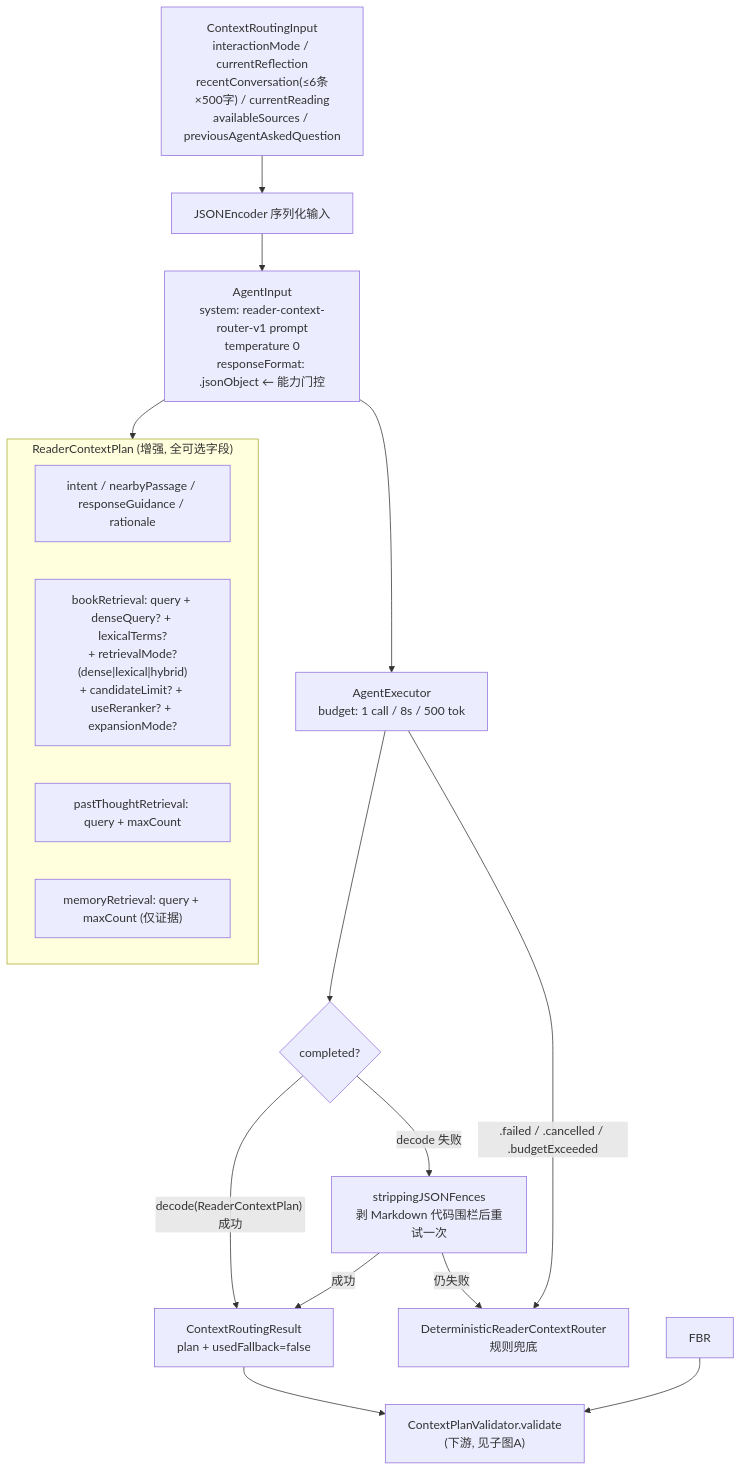
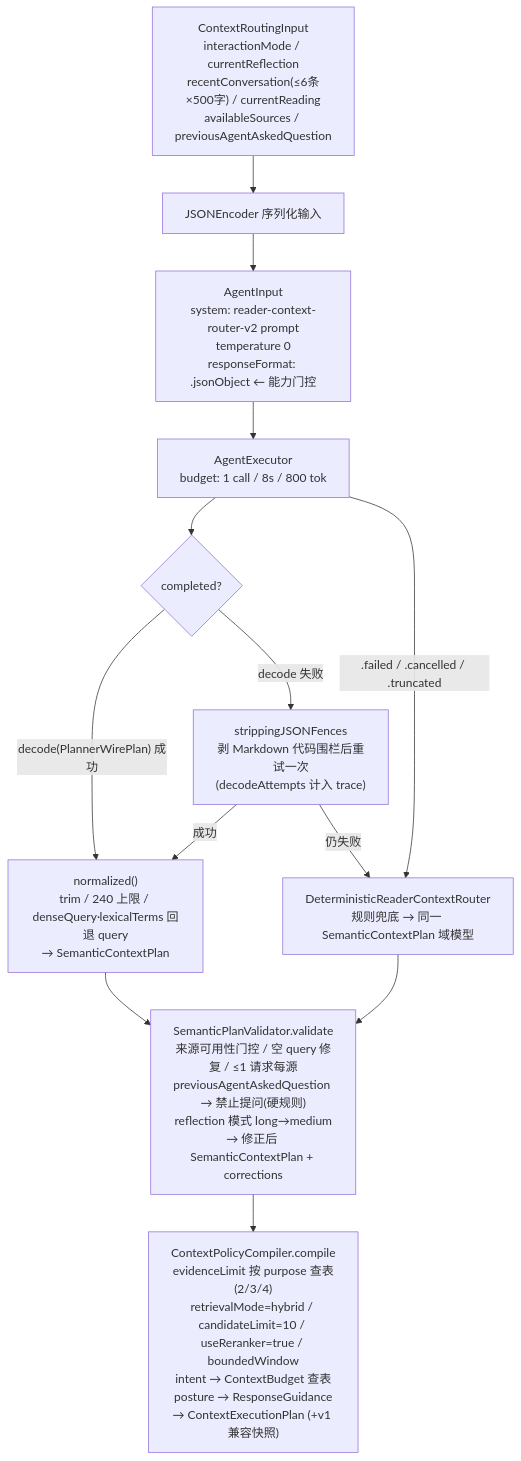
The third of 5 diagrams in ARCHITECTURE.md (freecodetiger/Elsepage), drawn with Mermaid before and after one commit. The commit also changed other lines of this file and 17 other files, not shown here.

First line of the commit message:
refactor(routing): planner protocol v2 — LLM 决定语义意图,代码编译执行策略

````diff
--- a/ARCHITECTURE.md
+++ b/ARCHITECTURE.md
@@ -122,25 +126,19 @@
 ```mermaid
 flowchart TD
     IN["ContextRoutingInput<br/>interactionMode / currentReflection<br/>recentConversation(≤6条×500字) / currentReading<br/>availableSources / previousAgentAskedQuestion"]
     IN --> ENC["JSONEncoder 序列化输入"]
-    ENC --> REQ["AgentInput<br/>system: reader-context-router-v1 prompt<br/>temperature 0<br/>responseFormat: .jsonObject ← 能力门控"]
-    REQ --> EXEC["AgentExecutor<br/>budget: 1 call / 8s / 500 tok"]
+    ENC --> REQ["AgentInput<br/>system: reader-context-router-v2 prompt<br/>temperature 0<br/>responseFormat: .jsonObject ← 能力门控"]
+    REQ --> EXEC["AgentExecutor<br/>budget: 1 call / 8s / 800 tok"]
 
     EXEC --> COMP{"completed?"}
-    COMP -->|"decode(ReaderContextPlan) 成功"| OK["ContextRoutingResult<br/>plan + usedFallback=false"]
-    COMP -->|"decode 失败"| STRIP["strippingJSONFences<br/>剥 Markdown 代码围栏后重试一次"]
-    STRIP -->|成功| OK
-    STRIP -->|仍失败| FB["DeterministicReaderContextRouter<br/>规则兜底"]
-    EXEC -->|".failed / .cancelled / .budgetExceeded"| FB
+    COMP -->|"decode(PlannerWirePlan) 成功"| NORM["normalized()<br/>trim / 240 上限 / denseQuery·lexicalTerms 回退 query<br/>→ SemanticContextPlan"]
+    COMP -->|"decode 失败"| STRIP["strippingJSONFences<br/>剥 Markdown 代码围栏后重试一次<br/>(decodeAttempts 计入 trace)"]
+    STRIP -->|成功| NORM
+    STRIP -->|仍失败| FB["DeterministicReaderContextRouter<br/>规则兜底 → 同一 SemanticContextPlan 域模型"]
+    EXEC -->|".failed / .cancelled / .truncated"| FB
 
-    OK --> VALID["ContextPlanValidator.validate<br/>(下游, 见子图A)"]
-    FBR --> VALID
+    NORM --> V["SemanticPlanValidator.validate<br/>来源可用性门控 / 空 query 修复 / ≤1 请求每源<br/>previousAgentAskedQuestion → 禁止提问(硬规则)<br/>reflection 模式 long→medium<br/>→ 修正后 SemanticContextPlan + corrections"]
+    FB --> V
 
-    subgraph PLAN["ReaderContextPlan (增强, 全可选字段)"]
-        P1["intent / nearbyPassage / responseGuidance / rationale"]
-        P2["bookRetrieval: query + denseQuery? + lexicalTerms?<br/>+ retrievalMode?(dense|lexical|hybrid)<br/>+ candidateLimit? + useReranker? + expansionMode?"]
-        P3["pastThoughtRetrieval: query + maxCount"]
-        P4["memoryRetrieval: query + maxCount (仅证据)"]
-    end
-    REQ --> PLAN
+    V --> C["ContextPolicyCompiler.compile<br/>evidenceLimit 按 purpose 查表(2/3/4)<br/>retrievalMode=hybrid / candidateLimit=10 / useReranker=true / boundedWindow<br/>intent → ContextBudget 查表<br/>posture → ResponseGuidance<br/>→ ContextExecutionPlan (+v1 兼容快照)"]
 ```
````
